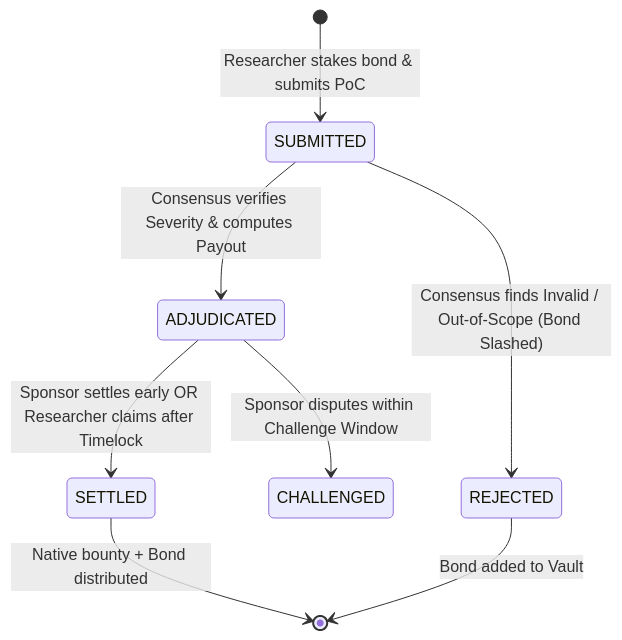
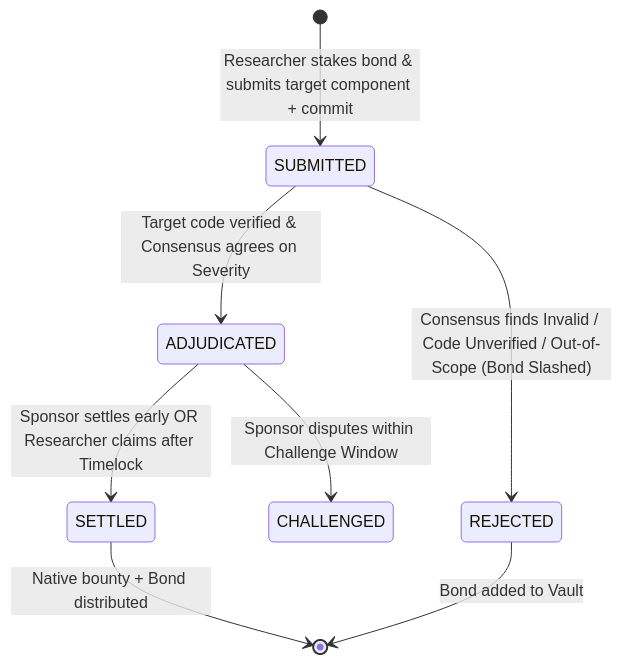
The diagram in README.md (olasmi02/genlayer-agentic-bug-bounty), drawn with Mermaid before and after one commit. The commit also changed other lines of this file and 4 other files, not shown here.

Commit message:
fix: restructure nondet callback flow for GenVM lint compliance and add authoritative target-code acquisition

````diff
--- a/README.md
+++ b/README.md
@@ -48,10 +55,10 @@
 ```mermaid
 stateDiagram-v2
-    [*] --> SUBMITTED : Researcher stakes bond & submits PoC
-    SUBMITTED --> REJECTED : Consensus finds Invalid / Out-of-Scope (Bond Slashed)
-    SUBMITTED --> ADJUDICATED : Consensus verifies Severity & computes Payout
+    [*] --> SUBMITTED : Researcher stakes bond & submits target component + commit
+    SUBMITTED --> REJECTED : Consensus finds Invalid / Code Unverified / Out-of-Scope (Bond Slashed)
+    SUBMITTED --> ADJUDICATED : Target code verified & Consensus agrees on Severity
     ADJUDICATED --> CHALLENGED : Sponsor disputes within Challenge Window
     ADJUDICATED --> SETTLED : Sponsor settles early OR Researcher claims after Timelock
     SETTLED --> [*] : Native bounty + Bond distributed
     REJECTED --> [*] : Bond added to Vault
 ```
````
